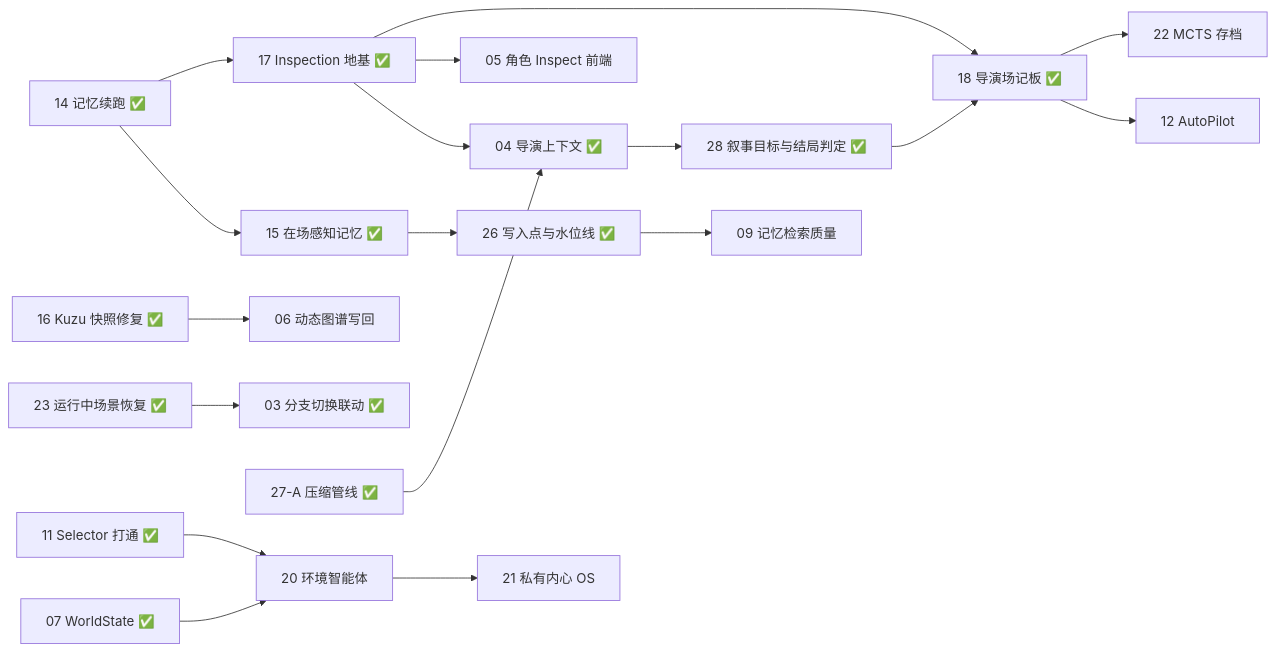
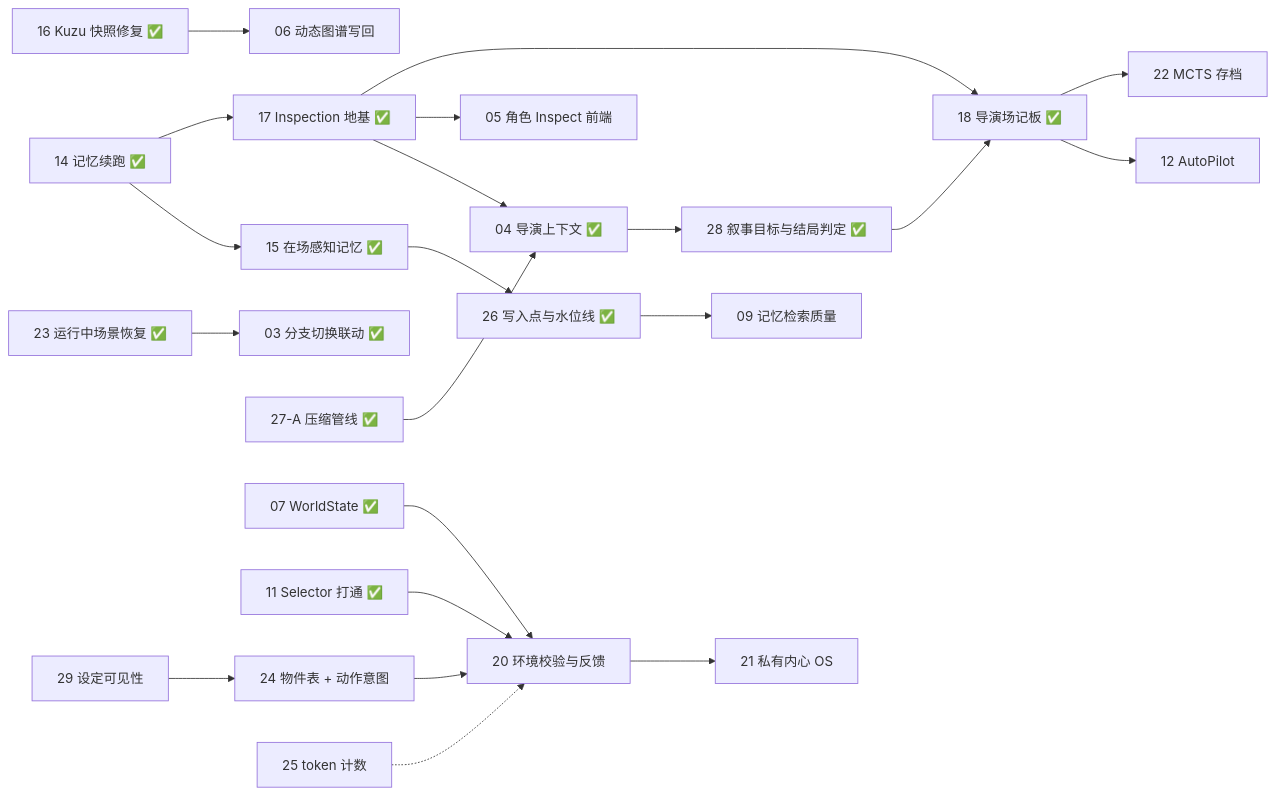
The diagram in docs/fix-tickets/README.md (YuanPeixi/PlotSystem2), drawn with Mermaid before and after one commit. The commit also changed other lines of this file and 1 other file, not shown here.

````diff
--- a/docs/fix-tickets/README.md
+++ b/docs/fix-tickets/README.md
@@ -95,20 +97,23 @@
 ```mermaid
 graph LR
   T14[14 记忆续跑 ✅] --> T15[15 在场感知记忆 ✅]
   T14 --> T17[17 Inspection 地基 ✅]
   T15 --> T26[26 写入点与水位线 ✅]
   T26 --> T09[09 记忆检索质量]
   T16[16 Kuzu 快照修复 ✅] --> T06[06 动态图谱写回]
   T23[23 运行中场景恢复 ✅] --> T03[03 分支切换联动 ✅]
   T17 --> T04[04 导演上下文 ✅]
   T27[27-A 压缩管线 ✅] --> T04
   T04 --> T28[28 叙事目标与结局判定 ✅]
   T28 --> T18[18 导演场记板 ✅]
   T17 --> T05[05 角色 Inspect 前端]
   T17 --> T18
   T18 --> T12[12 AutoPilot]
   T18 --> T22[22 MCTS 存档]
-  T07[07 WorldState ✅] --> T20[20 环境智能体]
+  T07[07 WorldState ✅] --> T20[20 环境校验与反馈]
   T11[11 Selector 打通 ✅] --> T20
+  T29[29 设定可见性] --> T24[24 物件表 + 动作意图]
+  T24 --> T20
+  T25[25 token 计数] -.-> T20
   T20 --> T21[21 私有内心 OS]
 ```
````
